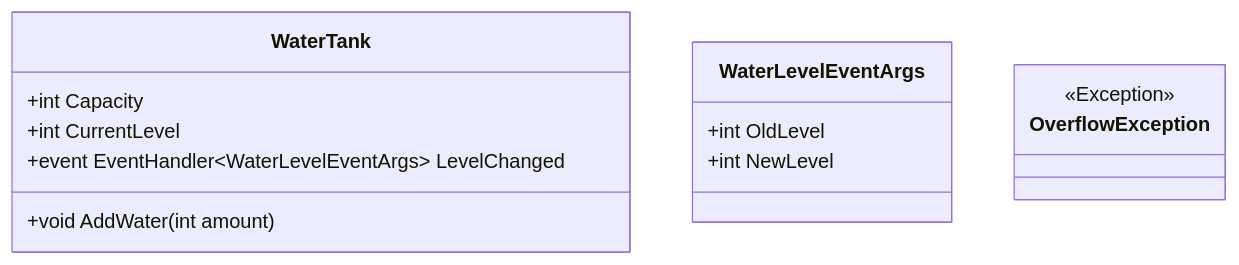
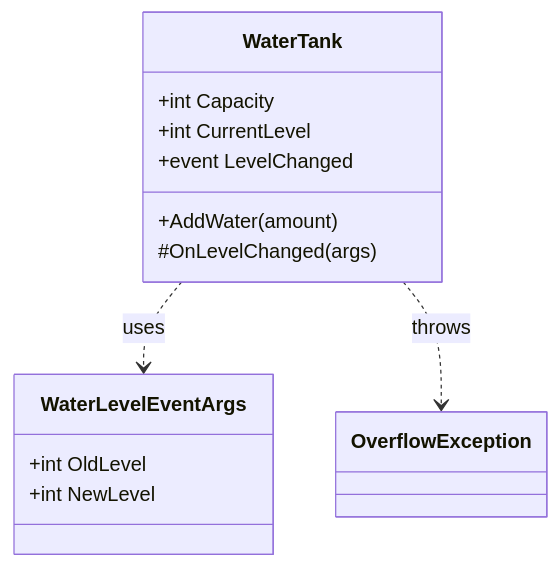
Before and after one commit to T-Boyke/C-Sharp-OOP-Fundamentals: the diagram in 20_EventsExceptions/README.md, drawn with Mermaid. The commit also changed other lines of this file and 1 other file, not shown here.

Commit message:
docs: complete and document the Events & Exceptions module with theory, tasks, and a UML diagram.

````diff
--- a/20_EventsExceptions/README.md
+++ b/20_EventsExceptions/README.md
@@ -35,18 +28,18 @@
 ```mermaid
 classDiagram
     class WaterTank {
         +int Capacity
         +int CurrentLevel
-        +event EventHandler~WaterLevelEventArgs~ LevelChanged
-        +void AddWater(int amount)
+        +event LevelChanged
+        +AddWater(amount)
+        #OnLevelChanged(args)
     }
 
     class WaterLevelEventArgs {
         +int OldLevel
         +int NewLevel
     }
 
-    class OverflowException {
-        <<Exception>>
-    }
+    WaterTank ..> WaterLevelEventArgs : uses
+    WaterTank ..> OverflowException : throws
 ```
````
